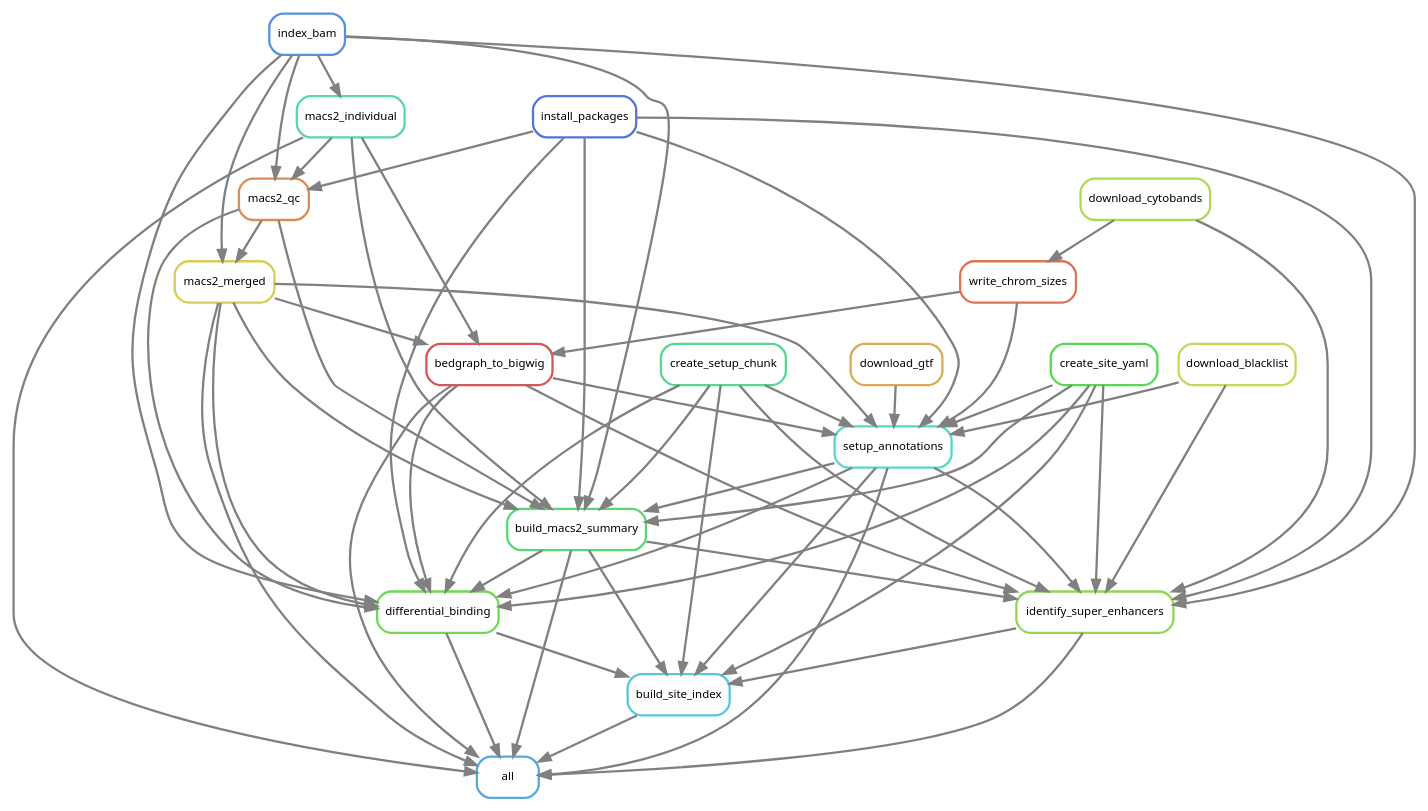
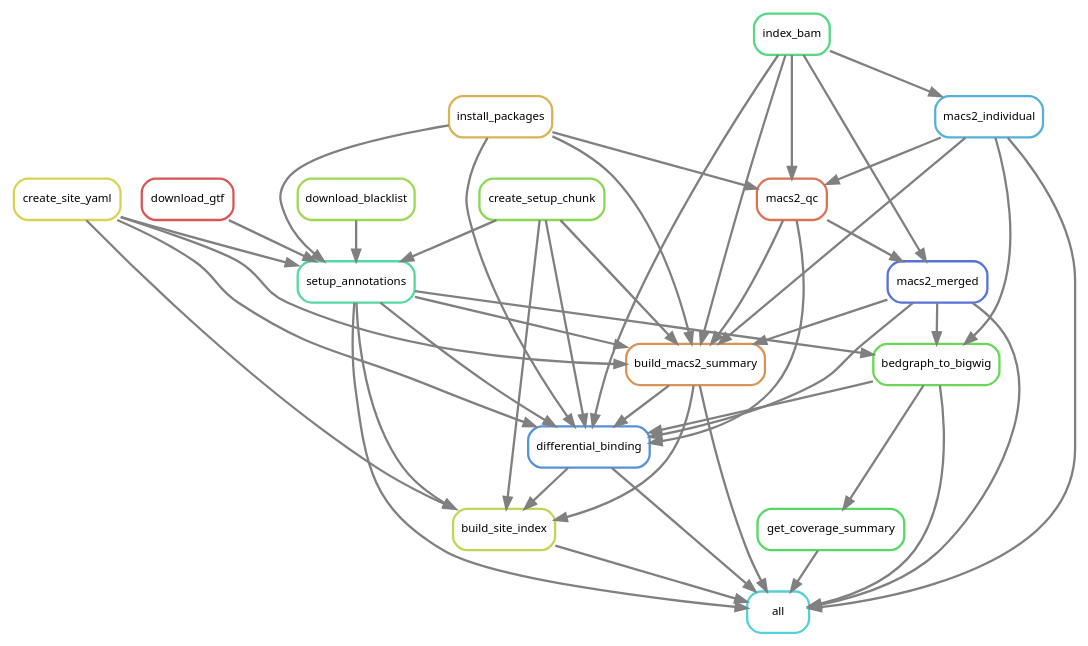
Before and after one commit to smped/GRAVI: the diagram in workflow/rules/rulegraph.dot, drawn with Graphviz. The commit also changed 13 other files, not shown here.

```diff
--- a/workflow/rules/rulegraph.dot
+++ b/workflow/rules/rulegraph.dot
@@ -1,81 +1,66 @@
 digraph snakemake_dag {
     graph[bgcolor=white, margin=0];
     node[shape=box, style=rounded, fontname=sans,                 fontsize=10, penwidth=2];
     edge[penwidth=2, color=grey];
-	0[label = "all", color = "0.56 0.6 0.85", style="rounded"];
-	1[label = "identify_super_enhancers", color = "0.26 0.6 0.85", style="rounded"];
-	2[label = "index_bam", color = "0.59 0.6 0.85", style="rounded"];
-	3[label = "bedgraph_to_bigwig", color = "0.00 0.6 0.85", style="rounded"];
-	4[label = "macs2_merged", color = "0.15 0.6 0.85", style="rounded"];
-	5[label = "macs2_qc", color = "0.07 0.6 0.85", style="rounded"];
-	6[label = "macs2_individual", color = "0.44 0.6 0.85", style="rounded"];
-	7[label = "install_packages", color = "0.63 0.6 0.85", style="rounded"];
-	8[label = "write_chrom_sizes", color = "0.04 0.6 0.85", style="rounded"];
-	9[label = "download_cytobands", color = "0.22 0.6 0.85", style="rounded"];
-	10[label = "build_macs2_summary", color = "0.37 0.6 0.85", style="rounded"];
-	11[label = "setup_annotations", color = "0.48 0.6 0.85", style="rounded"];
-	12[label = "download_blacklist", color = "0.19 0.6 0.85", style="rounded"];
-	13[label = "download_gtf", color = "0.11 0.6 0.85", style="rounded"];
-	14[label = "create_setup_chunk", color = "0.41 0.6 0.85", style="rounded"];
-	15[label = "create_site_yaml", color = "0.33 0.6 0.85", style="rounded"];
-	16[label = "differential_binding", color = "0.30 0.6 0.85", style="rounded"];
-	17[label = "build_site_index", color = "0.52 0.6 0.85", style="rounded"];
-	3 -> 0
+	0[label = "all", color = "0.51 0.6 0.85", style="rounded"];
+	1[label = "setup_annotations", color = "0.43 0.6 0.85", style="rounded"];
+	2[label = "download_blacklist", color = "0.24 0.6 0.85", style="rounded"];
+	3[label = "download_gtf", color = "0.00 0.6 0.85", style="rounded"];
+	4[label = "install_packages", color = "0.12 0.6 0.85", style="rounded"];
+	5[label = "create_setup_chunk", color = "0.27 0.6 0.85", style="rounded"];
+	6[label = "create_site_yaml", color = "0.16 0.6 0.85", style="rounded"];
+	7[label = "build_macs2_summary", color = "0.08 0.6 0.85", style="rounded"];
+	8[label = "index_bam", color = "0.39 0.6 0.85", style="rounded"];
+	9[label = "macs2_individual", color = "0.55 0.6 0.85", style="rounded"];
+	10[label = "macs2_merged", color = "0.63 0.6 0.85", style="rounded"];
+	11[label = "macs2_qc", color = "0.04 0.6 0.85", style="rounded"];
+	12[label = "differential_binding", color = "0.59 0.6 0.85", style="rounded"];
+	13[label = "bedgraph_to_bigwig", color = "0.31 0.6 0.85", style="rounded"];
+	14[label = "build_site_index", color = "0.20 0.6 0.85", style="rounded"];
+	15[label = "get_coverage_summary", color = "0.35 0.6 0.85", style="rounded"];
+	7 -> 0
+	14 -> 0
+	13 -> 0
+	15 -> 0
 	1 -> 0
-	4 -> 0
-	16 -> 0
+	9 -> 0
+	12 -> 0
 	10 -> 0
-	6 -> 0
-	11 -> 0
-	17 -> 0
 	3 -> 1
-	12 -> 1
-	9 -> 1
-	15 -> 1
-	10 -> 1
-	14 -> 1
-	11 -> 1
-	7 -> 1
+	4 -> 1
+	6 -> 1
 	2 -> 1
-	8 -> 3
-	6 -> 3
-	4 -> 3
-	5 -> 4
-	2 -> 4
-	6 -> 5
-	7 -> 5
-	2 -> 5
-	2 -> 6
-	9 -> 8
-	5 -> 10
-	4 -> 10
-	15 -> 10
-	14 -> 10
-	6 -> 10
+	5 -> 1
+	11 -> 7
+	4 -> 7
+	6 -> 7
+	5 -> 7
+	8 -> 7
+	1 -> 7
+	9 -> 7
+	10 -> 7
+	8 -> 9
+	8 -> 10
 	11 -> 10
-	7 -> 10
-	2 -> 10
-	3 -> 11
+	4 -> 11
 	8 -> 11
-	13 -> 11
-	12 -> 11
-	4 -> 11
-	15 -> 11
-	14 -> 11
-	7 -> 11
-	3 -> 16
-	5 -> 16
-	4 -> 16
-	15 -> 16
-	10 -> 16
-	14 -> 16
-	11 -> 16
-	7 -> 16
-	2 -> 16
-	1 -> 17
-	16 -> 17
-	15 -> 17
-	10 -> 17
-	14 -> 17
-	11 -> 17
+	9 -> 11
+	7 -> 12
+	11 -> 12
+	4 -> 12
+	6 -> 12
+	13 -> 12
+	5 -> 12
+	8 -> 12
+	1 -> 12
+	10 -> 12
+	9 -> 13
+	1 -> 13
+	10 -> 13
+	7 -> 14
+	6 -> 14
+	5 -> 14
+	1 -> 14
+	12 -> 14
+	13 -> 15
 }            
```
